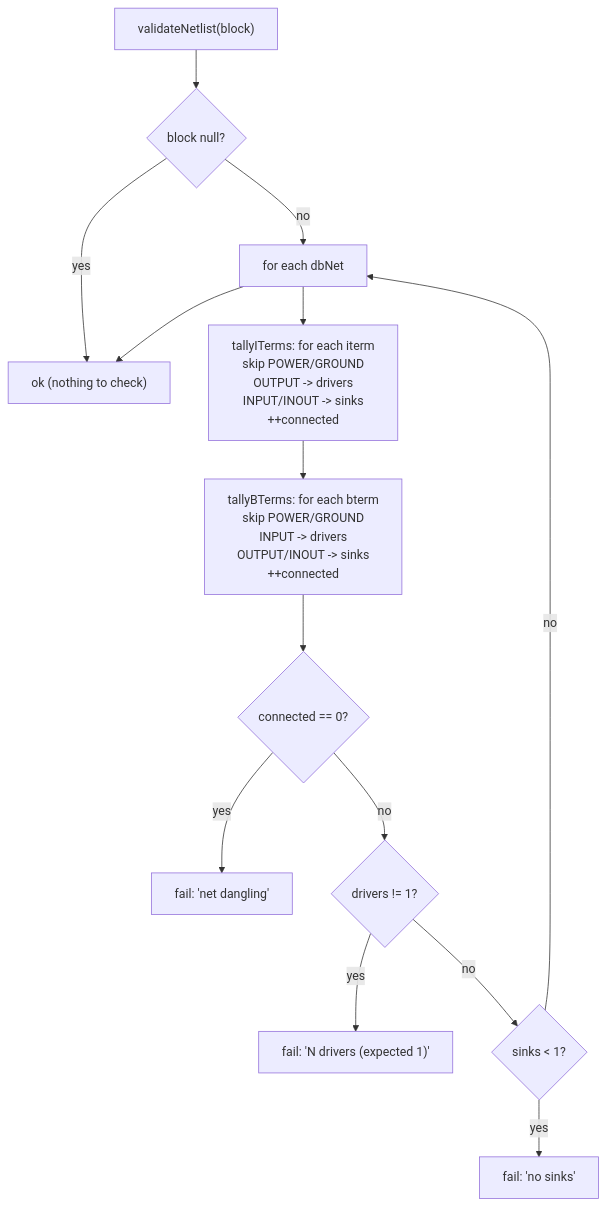
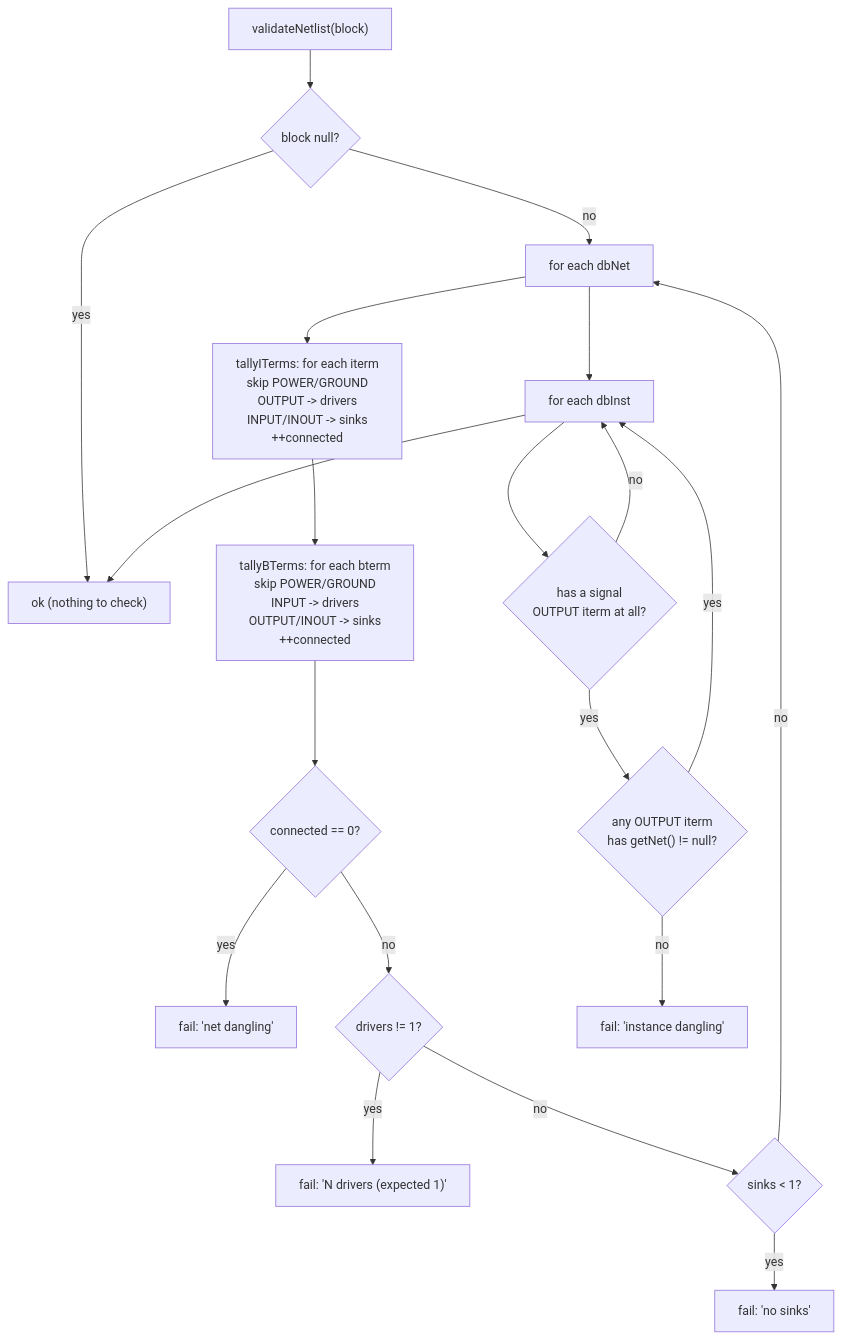
One commit to rfive88/eda-lab changed diagram 14 of 17 in src/engines/netlistgen/FLOW.md. Above: the diagram before and after it, drawn with Mermaid. The commit also changed other lines of this file and 10 other files, not shown here.

````diff
--- a/src/engines/netlistgen/FLOW.md
+++ b/src/engines/netlistgen/FLOW.md
@@ -486,16 +546,22 @@
 ```mermaid
 graph TD
   vn["validateNetlist(block)"] --> nul{"block null?"}
   nul -->|yes| okv["ok (nothing to check)"]
   nul -->|no| loop["for each dbNet"]
   loop --> tally["tallyITerms: for each iterm<br/>skip POWER/GROUND<br/>OUTPUT -> drivers<br/>INPUT/INOUT -> sinks<br/>++connected"]
   tally --> tallyb["tallyBTerms: for each bterm<br/>skip POWER/GROUND<br/>INPUT -> drivers<br/>OUTPUT/INOUT -> sinks<br/>++connected"]
   tallyb --> c0{"connected == 0?"}
   c0 -->|yes| fdangle["fail: 'net dangling'"]
   c0 -->|no| d1{"drivers != 1?"}
   d1 -->|yes| fdrv["fail: 'N drivers (expected 1)'"]
   d1 -->|no| s1{"sinks < 1?"}
   s1 -->|yes| fsnk["fail: 'no sinks'"]
   s1 -->|no| loop
-  loop --> okv
+  loop --> instloop["for each dbInst"]
+  instloop --> hasout{"has a signal<br/>OUTPUT iterm at all?"}
+  hasout -->|no| instloop
+  hasout -->|yes| anyconn{"any OUTPUT iterm<br/>has getNet() != null?"}
+  anyconn -->|no| fdanglinst["fail: 'instance dangling'"]
+  anyconn -->|yes| instloop
+  instloop --> okv
 ```
````
